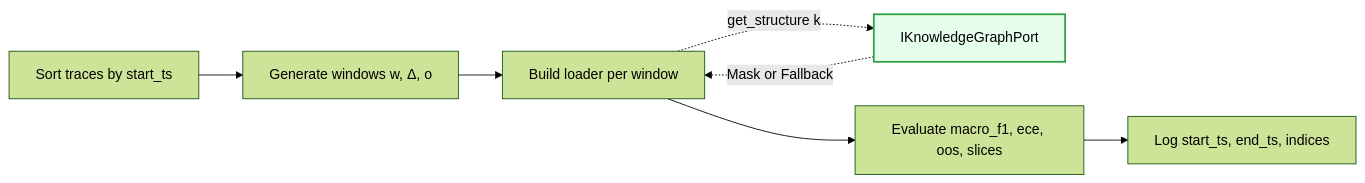
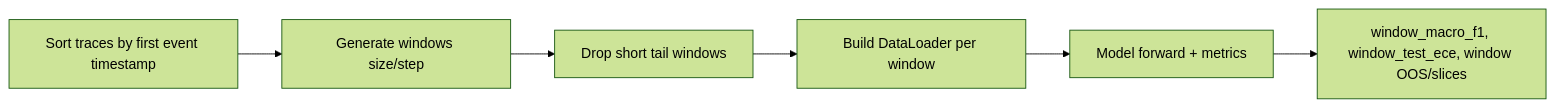
One commit to ghsrg/bpm_prediction changed the third of 5 diagrams in docs/DATA_FLOWS_MVP2.MD. Above: the diagram before and after it, drawn with Mermaid (forest theme). The commit also changed other lines of this file and 4 other files, not shown here.

````diff
--- a/docs/DATA_FLOWS_MVP2.MD
+++ b/docs/DATA_FLOWS_MVP2.MD
@@ -86,14 +81,10 @@
 ```mermaid
 flowchart LR
     classDef mvp2 fill:#e6ffed,stroke:#2ea043,stroke-width:2px,color:#000;
 
-    A[Sort traces by start_ts] --> B[Generate windows w, Δ, o]
-    B --> C[Build loader per window]
-    
-    %% MVP2: Querying EOPKG on the fly
-    C -.->|get_structure k| KG[IKnowledgeGraphPort]:::mvp2
-    KG -.->|Mask or Fallback| C
-    
-    C --> D[Evaluate macro_f1, ece, oos, slices]
-    D --> E[Log start_ts, end_ts, indices]
+    A[Sort traces by first event timestamp] --> B[Generate windows size/step]
+    B --> C[Drop short tail windows]
+    C --> D[Build DataLoader per window]
+    D --> E[Model forward + metrics]
+    E --> F[window_macro_f1, window_test_ece, window OOS/slices]
 ```
````
